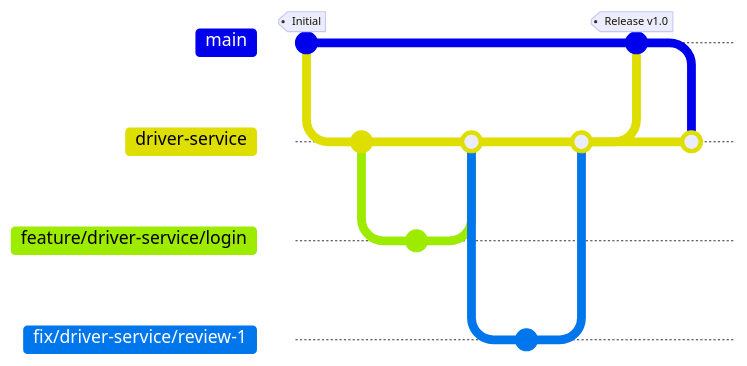
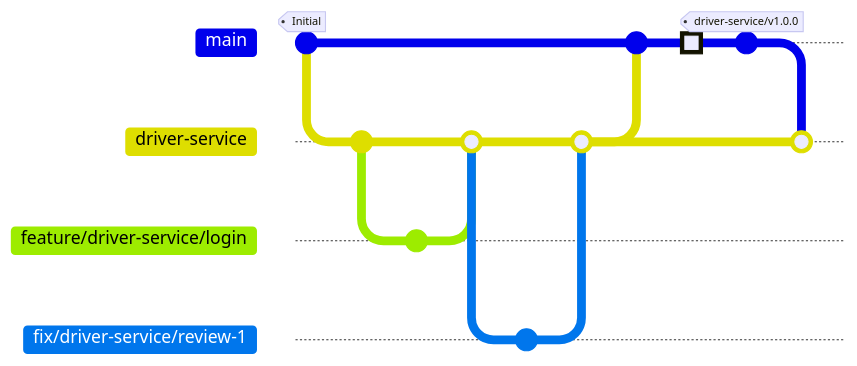
One commit to UA-4697-DevOps/drive-ops changed the diagram in driver-service/CONTRIBUTING.md. Above: the diagram before and after it, drawn with Mermaid. The commit also changed other lines of this file, not shown here. Commit ids are hidden.

Commit message:
docs: update CONTRIBUTING.md to clarify branching and release strategies

````diff
--- a/driver-service/CONTRIBUTING.md
+++ b/driver-service/CONTRIBUTING.md
@@ -87,32 +101,35 @@
 ```mermaid
 gitGraph
     commit tag: "Initial"
     branch driver-service
     checkout driver-service
     commit id: "Init Service"
     
     %% Feature Development Phase
     branch feature/driver-service/login
     checkout feature/driver-service/login
     commit id: "wip: auth"
     checkout driver-service
     merge feature/driver-service/login id: "feat: Login (#101)"
     
-    %% Release PR Opened here. Cross-team review requests changes.
-    
-    %% Review & Fix Phase (The new addition)
+    %% Integration Phase Starts (PR to Main)
+    %% Review & Fix Phase
     branch fix/driver-service/review-1
     checkout fix/driver-service/review-1
     commit id: "fix: api contract"
     checkout driver-service
     merge fix/driver-service/review-1 id: "fix: review comments"
     
-    %% Release Phase (Service -> Main)
-    %% Now merging the service branch (including the fix) to main
+    %% Merge to Main
     checkout main
-    merge driver-service type: NORMAL tag: "Release v1.0"
+    merge driver-service type: NORMAL id: "Merge Service Branch"
+    
+    %% RELEASE PHASE (GitHub UI)
+    %% This happens manually via GitHub UI, creating a tag on Main
+    commit id: "Release Action" type: HIGHLIGHT
+    commit tag: "driver-service/v1.0.0"
     
     %% Sync Phase (Main -> Service)
     checkout driver-service
     merge main id: "Sync Main"
 ```
````
